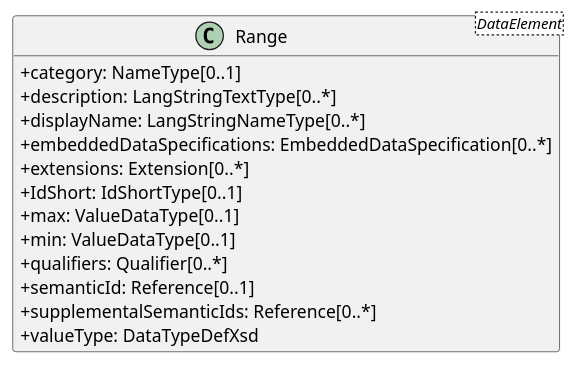
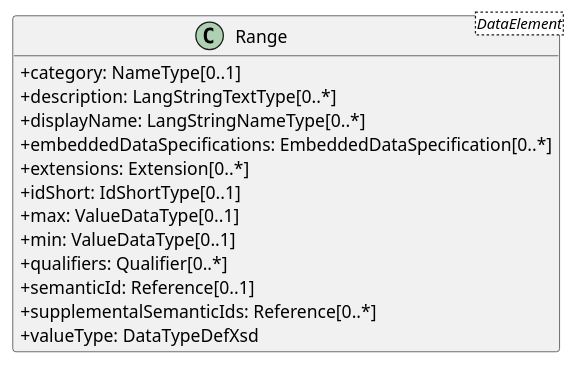
One commit to zrgt/py2puml changed the diagram in output/classes/Range.puml. Above: the diagram before and after it, drawn with PlantUML. The commit also changed 133 other files, not shown here.

```diff
--- a/output/classes/Range.puml
+++ b/output/classes/Range.puml
@@ -1,19 +1,19 @@
 @startuml
 skinparam classAttributeIconSize 0
 hide methods
 
 class Range<DataElement> {
   +category: NameType[0..1] 
   +description: LangStringTextType[0..*] 
   +displayName: LangStringNameType[0..*] 
   +embeddedDataSpecifications: EmbeddedDataSpecification[0..*] 
   +extensions: Extension[0..*] 
-  +IdShort: IdShortType[0..1] 
+  +idShort: IdShortType[0..1] 
   +max: ValueDataType[0..1] 
   +min: ValueDataType[0..1] 
   +qualifiers: Qualifier[0..*] 
   +semanticId: Reference[0..1] 
   +supplementalSemanticIds: Reference[0..*] 
   +valueType: DataTypeDefXsd 
 }
 @enduml
```
